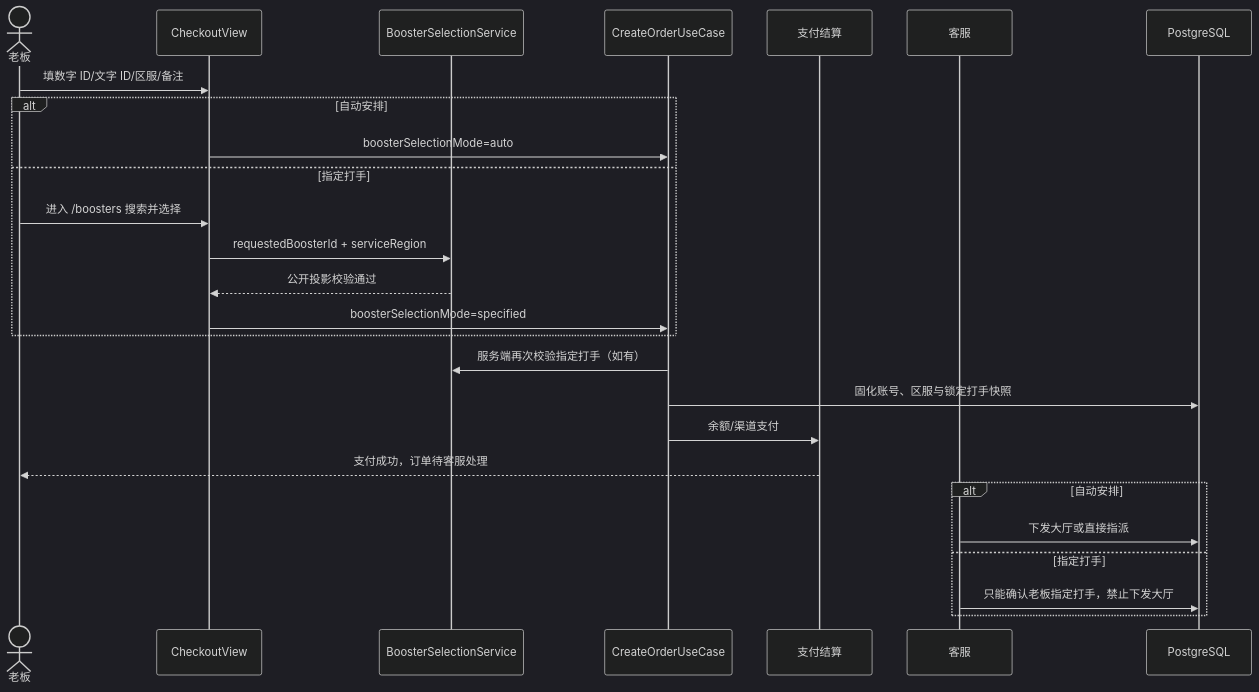
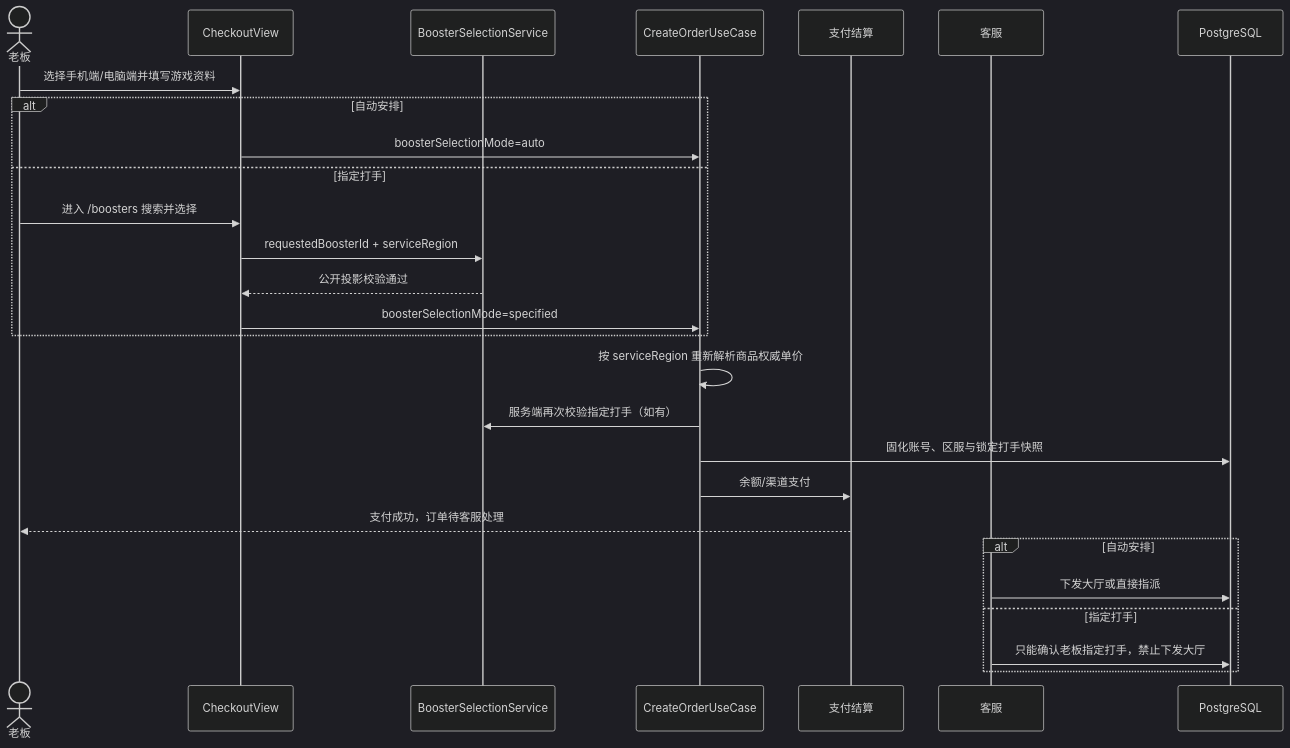
One commit to yiting001/E-sports-01 changed the second of 5 diagrams in docs/order.md. Above: the diagram before and after it, drawn with Mermaid (dark theme). The commit also changed other lines of this file and 65 other files, not shown here.

````diff
--- a/docs/order.md
+++ b/docs/order.md
@@ -109,29 +109,30 @@
 ```mermaid
 sequenceDiagram
   actor Owner as 老板
   participant Client as CheckoutView
   participant Booster as BoosterSelectionService
   participant Order as CreateOrderUseCase
   participant Settle as 支付结算
   participant Agent as 客服
   participant DB as PostgreSQL
 
-  Owner->>Client: 填数字 ID/文字 ID/区服/备注
+  Owner->>Client: 选择手机端/电脑端并填写游戏资料
   alt 自动安排
     Client->>Order: boosterSelectionMode=auto
   else 指定打手
     Owner->>Client: 进入 /boosters 搜索并选择
     Client->>Booster: requestedBoosterId + serviceRegion
     Booster-->>Client: 公开投影校验通过
     Client->>Order: boosterSelectionMode=specified
   end
+  Order->>Order: 按 serviceRegion 重新解析商品权威单价
   Order->>Booster: 服务端再次校验指定打手（如有）
   Order->>DB: 固化账号、区服与锁定打手快照
   Order->>Settle: 余额/渠道支付
   Settle-->>Owner: 支付成功，订单待客服处理
   alt 自动安排
     Agent->>DB: 下发大厅或直接指派
   else 指定打手
     Agent->>DB: 只能确认老板指定打手，禁止下发大厅
   end
 ```
````
